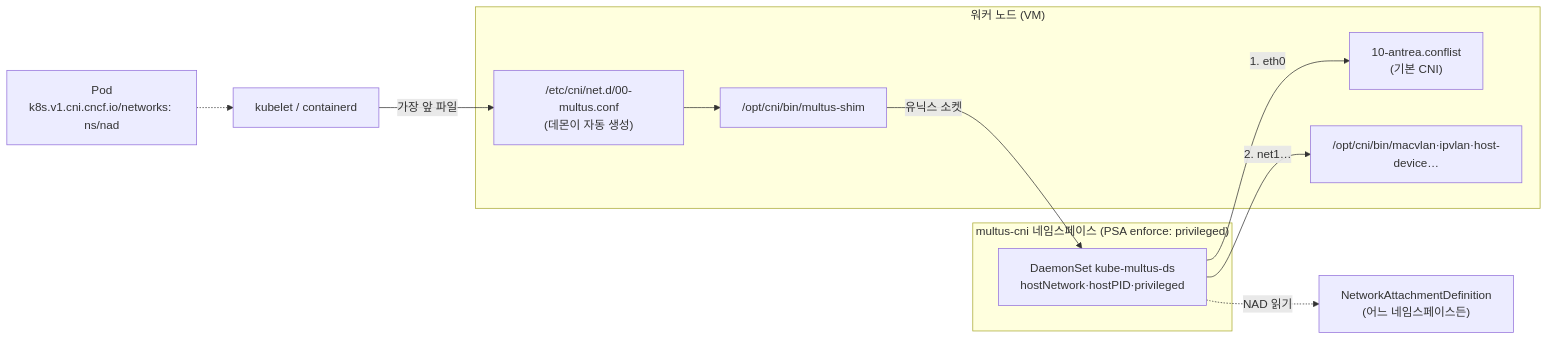
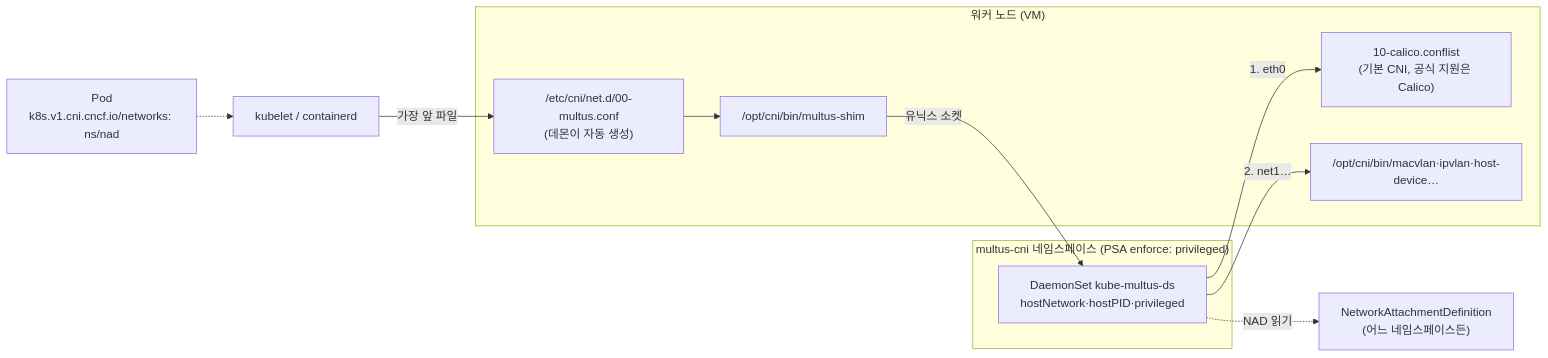
Before and after one commit to kjin17/k8s_study: the diagram in vks-addons/20-multus.md, drawn with Mermaid. The commit also changed other lines of this file and 8 other files, not shown here.

````diff
--- a/vks-addons/20-multus.md
+++ b/vks-addons/20-multus.md
@@ -23,20 +24,20 @@
 ```mermaid
 flowchart LR
   kubelet["kubelet / containerd"]
   subgraph node["워커 노드 (VM)"]
     conf["/etc/cni/net.d/00-multus.conf\n(데몬이 자동 생성)"]
     shim["/opt/cni/bin/multus-shim"]
-    antrea["10-antrea.conflist\n(기본 CNI)"]
+    antrea["10-calico.conflist\n(기본 CNI, 공식 지원은 Calico)"]
     plug["/opt/cni/bin/macvlan·ipvlan·host-device…"]
   end
   subgraph ns["multus-cni 네임스페이스 (PSA enforce: privileged)"]
     ds["DaemonSet kube-multus-ds\nhostNetwork·hostPID·privileged"]
   end
   nad["NetworkAttachmentDefinition\n(어느 네임스페이스든)"]
   pod["Pod\nk8s.v1.cni.cncf.io/networks: ns/nad"]
   kubelet -->|"가장 앞 파일"| conf --> shim -->|"유닉스 소켓"| ds
   ds -->|"1. eth0"| antrea
   ds -->|"2. net1…"| plug
   ds -.->|"NAD 읽기"| nad
   pod -.-> kubelet
 ```
````
